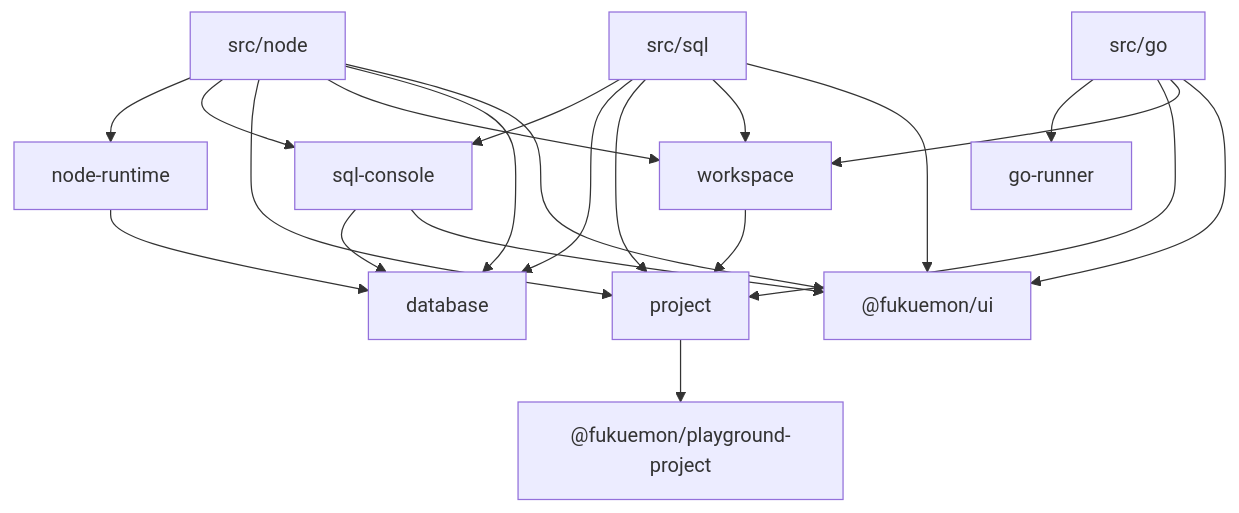
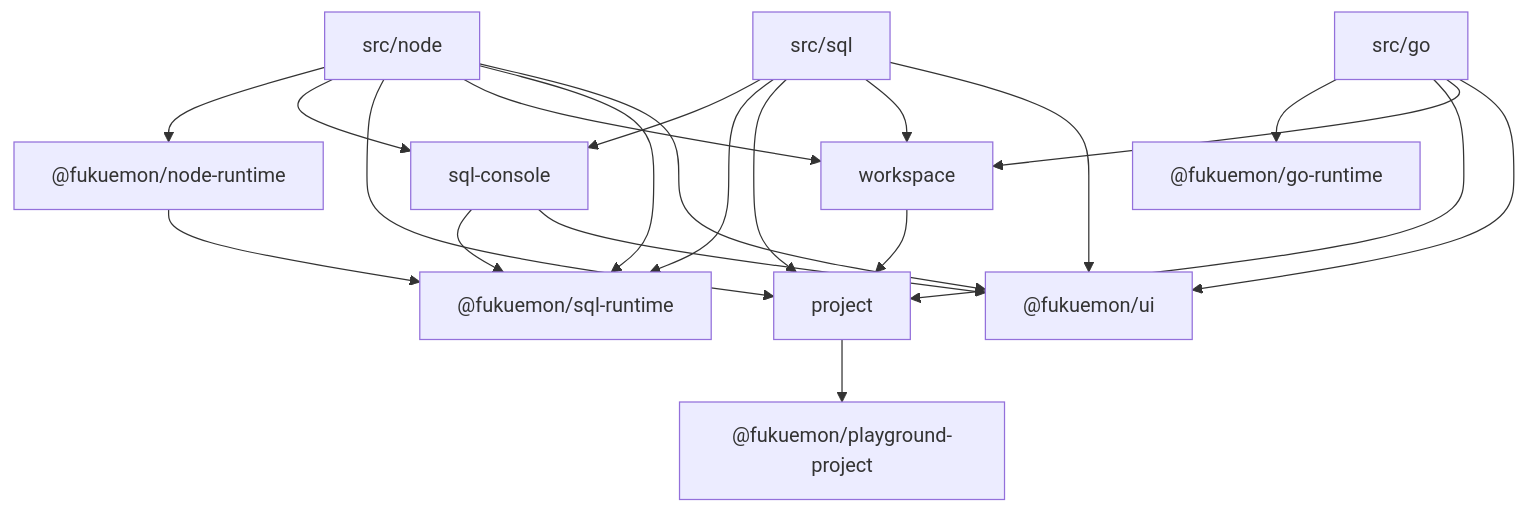
Before and after one commit to Fukuemon/fukuemon.dev: the first of 3 diagrams in design/features/playground/DesignDoc.md, drawn with Mermaid. The commit also changed other lines of this file and 6 other files, not shown here.

````diff
--- a/design/features/playground/DesignDoc.md
+++ b/design/features/playground/DesignDoc.md
@@ -101,35 +113,35 @@
 ```mermaid
 flowchart TB
   node["src/node"]
   sql["src/sql"]
   go["src/go"]
   console["sql-console"]
-  runtime["node-runtime"]
-  database["database"]
-  runner["go-runner"]
+  runtime["@fukuemon/node-runtime"]
+  database["@fukuemon/sql-runtime"]
+  runner["@fukuemon/go-runtime"]
   project["project"]
   workspace["workspace"]
   ui["@fukuemon/ui"]
   pp["@fukuemon/playground-project"]
 
   node --> runtime
   node --> console
   node --> project
   node --> workspace
   node --> database
   node --> ui
   sql --> console
   sql --> database
   sql --> project
   sql --> workspace
   sql --> ui
   go --> runner
   go --> project
   go --> workspace
   go --> ui
   console --> database
   console --> ui
   runtime --> database
   workspace --> project
   project --> pp
 ```
````
